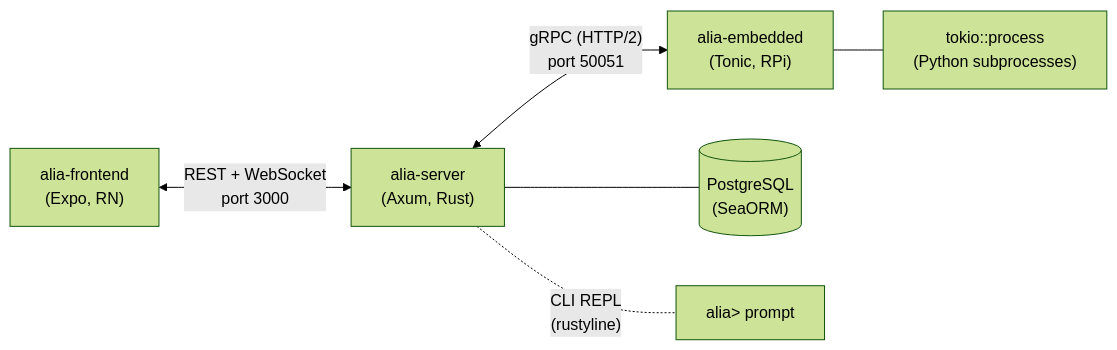
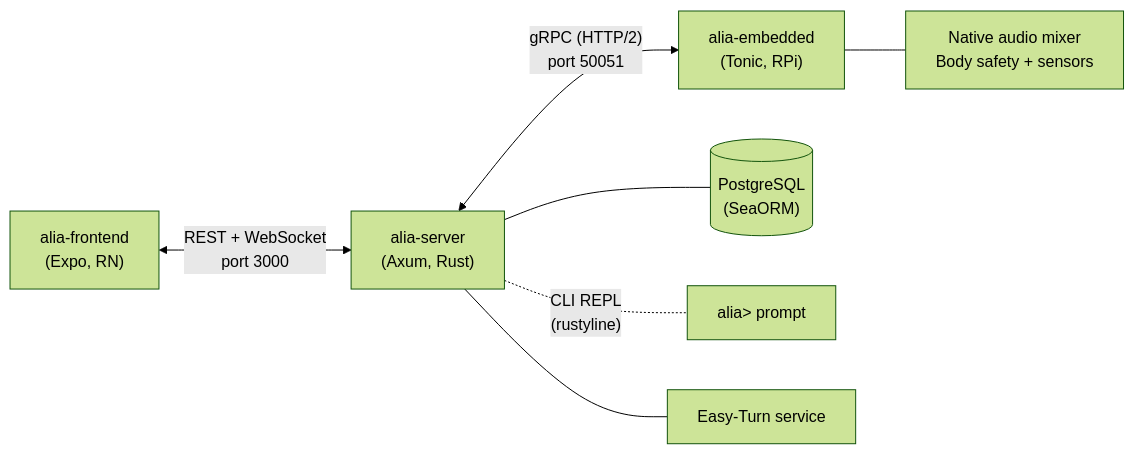
One commit to Ke-Qiao/project-alia changed the diagram in README.md. Above: the diagram before and after it, drawn with Mermaid (forest theme). The commit also changed other lines of this file and 156 other files, not shown here.

````diff
--- a/README.md
+++ b/README.md
@@ -5,8 +5,9 @@
 ```mermaid
 graph LR
     Frontend["alia-frontend<br/>(Expo, RN)"] <-->|"REST + WebSocket<br/>port 3000"| Server["alia-server<br/>(Axum, Rust)"]
     Server <-->|"gRPC (HTTP/2)<br/>port 50051"| Embedded["alia-embedded<br/>(Tonic, RPi)"]
     Server --- DB[("PostgreSQL<br/>(SeaORM)")]
     Server -.-|"CLI REPL<br/>(rustyline)"| CLI["alia> prompt"]
-    Embedded --- Proc["tokio::process<br/>(Python subprocesses)"]
+    Embedded --- IO["Native audio mixer<br/>Body safety + sensors"]
+    Server --- Turn["Easy-Turn service"]
 ```
````
